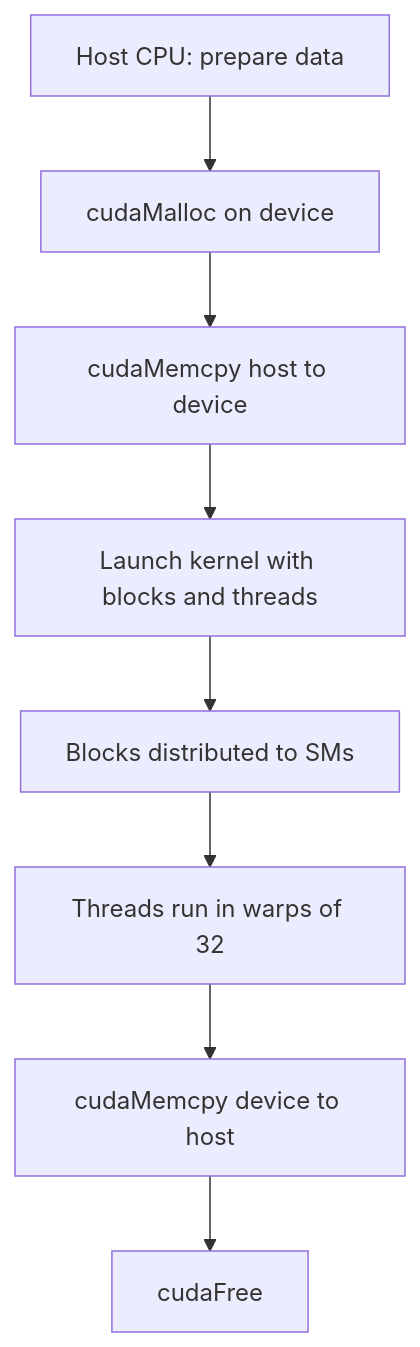
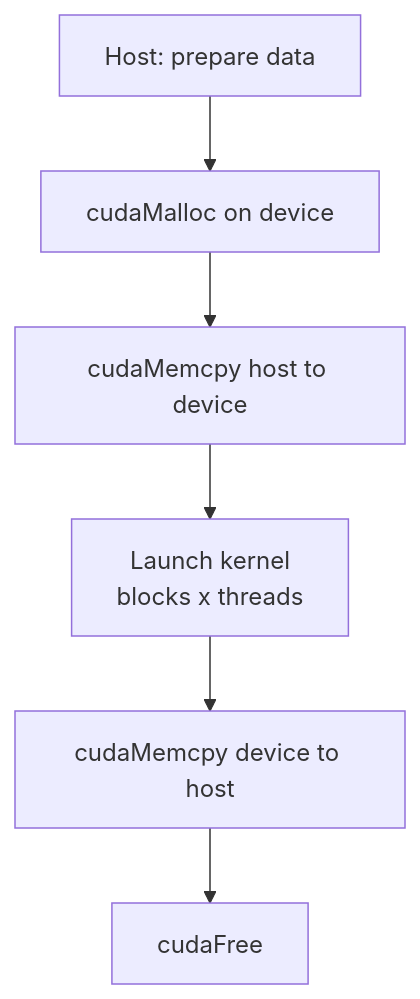
One commit to kaisarnajar/outcome-school-blogs changed the first of 3 diagrams in notes/step-16-ai-infrastructure-deployment-and-system-design/182-how-do-cuda-kernels-work.md. Above: the diagram before and after it, drawn with Mermaid. The commit also changed other lines of this file and 233 other files, not shown here.

````diff
--- a/notes/step-16-ai-infrastructure-deployment-and-system-design/182-how-do-cuda-kernels-work.md
+++ b/notes/step-16-ai-infrastructure-deployment-and-system-design/182-how-do-cuda-kernels-work.md
@@ -50,10 +75,8 @@
 ```mermaid
 flowchart TD
-    H["Host CPU: prepare data"] --> A["cudaMalloc on device"]
-    A --> C1["cudaMemcpy host to device"]
-    C1 --> L["Launch kernel with blocks and threads"]
-    L --> SM["Blocks distributed to SMs"]
-    SM --> W["Threads run in warps of 32"]
-    W --> C2["cudaMemcpy device to host"]
-    C2 --> F["cudaFree"]
+    H1["Host: prepare data"] --> H2["cudaMalloc on device"]
+    H2 --> H3["cudaMemcpy host to device"]
+    H3 --> H4["Launch kernel<br/>blocks x threads"]
+    H4 --> H5["cudaMemcpy device to host"]
+    H5 --> H6["cudaFree"]
 ```
````
